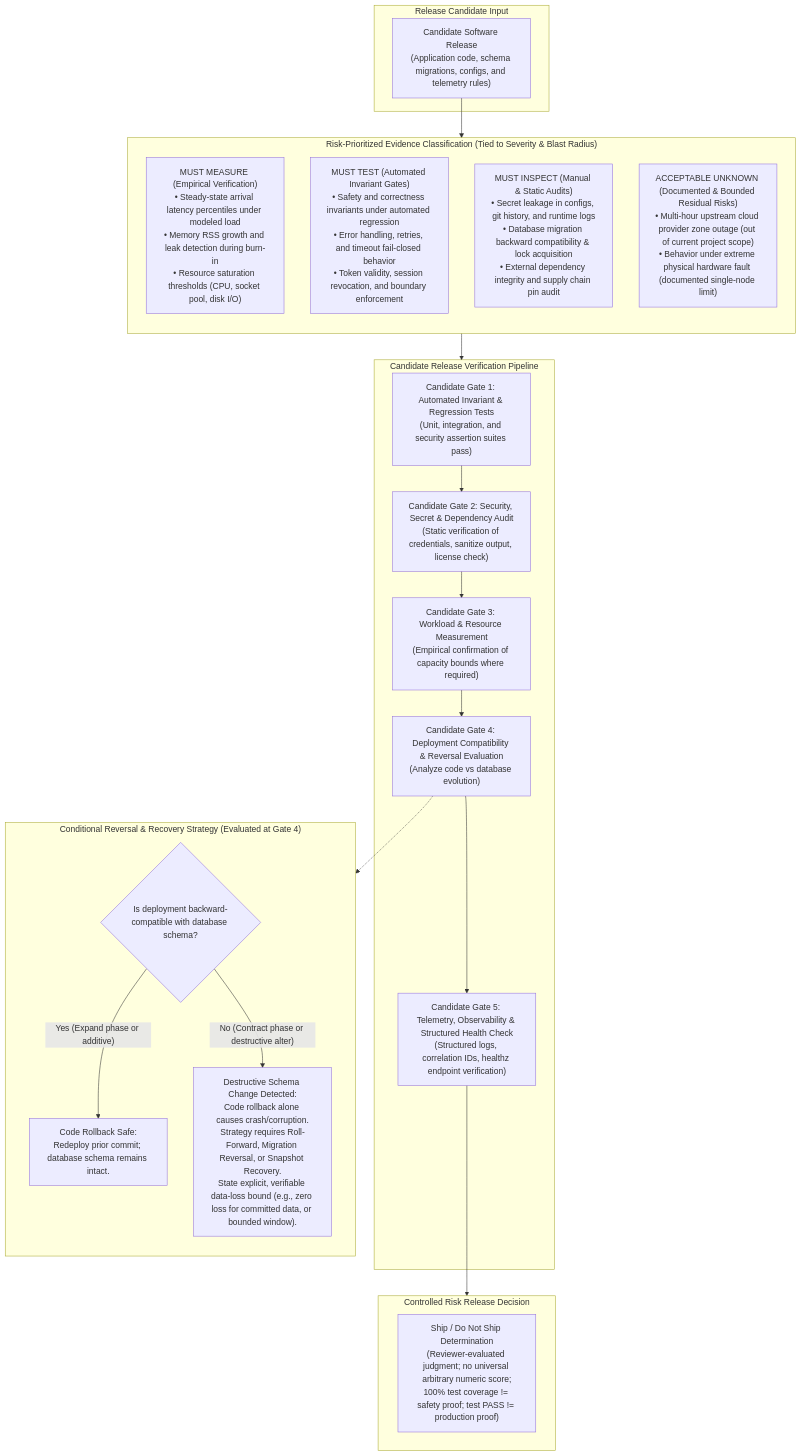
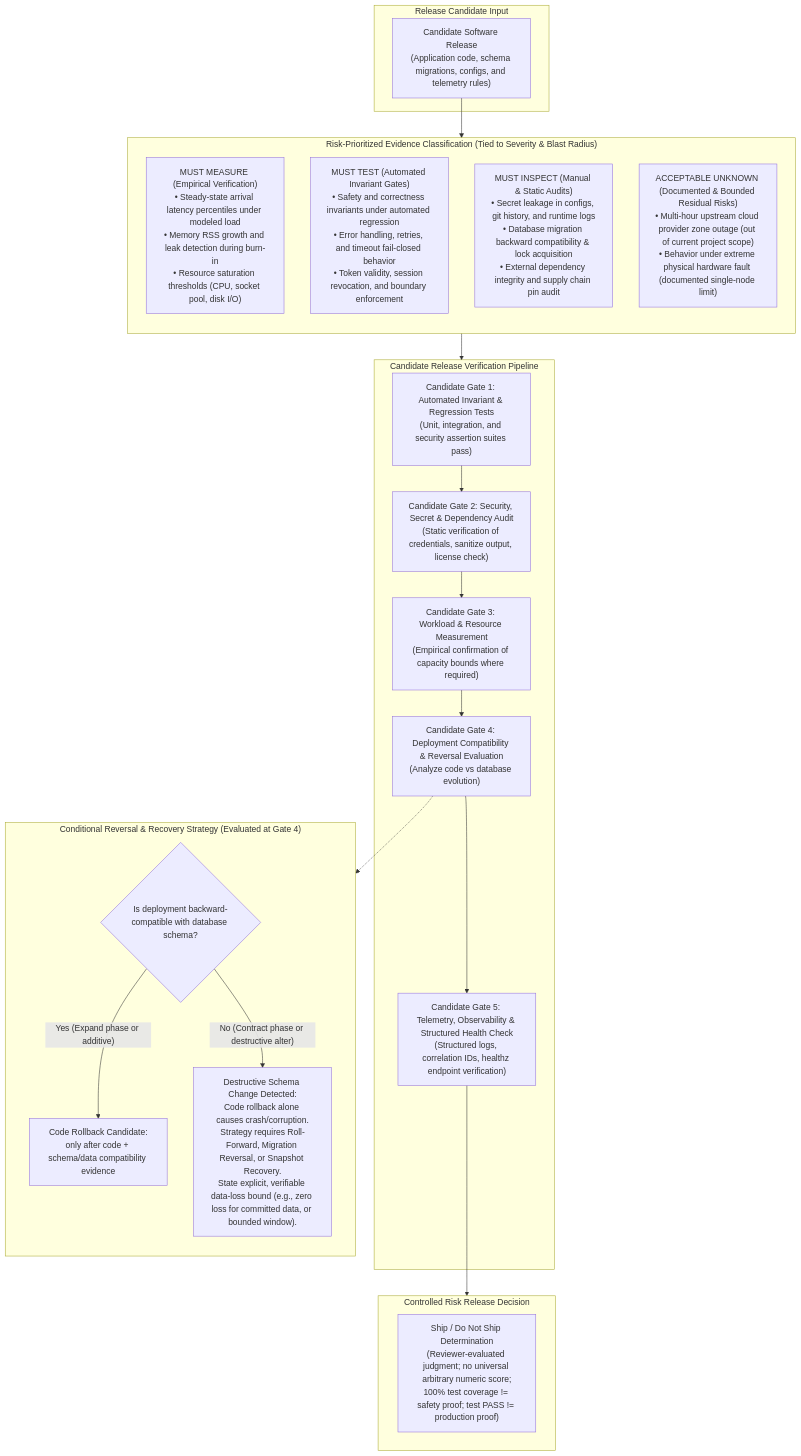
The diagram in book/24-final-system-defense/visuals/FIG-M24-03-preship-verification-risk-matrix-pipeline.mmd (CN-JJB/essential-cs), drawn with Mermaid before and after one commit. The commit also changed 3 other files, not shown here.

```diff
--- a/book/24-final-system-defense/visuals/FIG-M24-03-preship-verification-risk-matrix-pipeline.mmd
+++ b/book/24-final-system-defense/visuals/FIG-M24-03-preship-verification-risk-matrix-pipeline.mmd
@@ -1,42 +1,42 @@
 %% FIG-M24-03 — Pre-Ship Verification & Risk-Prioritized Candidate Release Gate Pipeline
 %% Original, course-owned, editable Mermaid source for Essential CS.
 flowchart TB
     subgraph INPUT ["Release Candidate Input"]
         SRC["Candidate Software Release<br/>(Application code, schema migrations, configs, and telemetry rules)"]
     end
 
     subgraph RISK_MATRIX ["Risk-Prioritized Evidence Classification (Tied to Severity & Blast Radius)"]
         direction TB
         MM["MUST MEASURE (Empirical Verification)<br/>• Steady-state arrival latency percentiles under modeled load<br/>• Memory RSS growth and leak detection during burn-in<br/>• Resource saturation thresholds (CPU, socket pool, disk I/O)"]
         MT["MUST TEST (Automated Invariant Gates)<br/>• Safety and correctness invariants under automated regression<br/>• Error handling, retries, and timeout fail-closed behavior<br/>• Token validity, session revocation, and boundary enforcement"]
         MI["MUST INSPECT (Manual & Static Audits)<br/>• Secret leakage in configs, git history, and runtime logs<br/>• Database migration backward compatibility & lock acquisition<br/>• External dependency integrity and supply chain pin audit"]
         AU["ACCEPTABLE UNKNOWN (Documented & Bounded Residual Risks)<br/>• Multi-hour upstream cloud provider zone outage (out of current project scope)<br/>• Behavior under extreme physical hardware fault (documented single-node limit)"]
     end
 
     subgraph CONDITIONAL_PIPELINE ["Candidate Release Verification Pipeline"]
         G1["Candidate Gate 1: Automated Invariant & Regression Tests<br/>(Unit, integration, and security assertion suites pass)"]
         G2["Candidate Gate 2: Security, Secret & Dependency Audit<br/>(Static verification of credentials, sanitize output, license check)"]
         G3["Candidate Gate 3: Workload & Resource Measurement<br/>(Empirical confirmation of capacity bounds where required)"]
         G4["Candidate Gate 4: Deployment Compatibility & Reversal Evaluation<br/>(Analyze code vs database evolution)"]
         G5["Candidate Gate 5: Telemetry, Observability & Structured Health Check<br/>(Structured logs, correlation IDs, healthz endpoint verification)"]
 
         G1 --> G2 --> G3 --> G4 --> G5
     end
 
     subgraph RECOVERY_STRATEGY ["Conditional Reversal & Recovery Strategy (Evaluated at Gate 4)"]
         direction TB
         C_CODE{"Is deployment backward-compatible with database schema?"}
-        R_ROLLBACK["Code Rollback Safe:<br/>Redeploy prior commit; database schema remains intact."]
+        R_ROLLBACK["Code Rollback Candidate:<br/>only after code + schema/data compatibility evidence"]
         R_ROLLFORWARD["Destructive Schema Change Detected:<br/>Code rollback alone causes crash/corruption.<br/>Strategy requires Roll-Forward, Migration Reversal, or Snapshot Recovery.<br/>State explicit, verifiable data-loss bound (e.g., zero loss for committed data, or bounded window)."]
         C_CODE -- Yes (Expand phase or additive) --> R_ROLLBACK
         C_CODE -- No (Contract phase or destructive alter) --> R_ROLLFORWARD
     end
 
     subgraph RELEASE_DECISION ["Controlled Risk Release Decision"]
         DECISION["Ship / Do Not Ship Determination<br/>(Reviewer-evaluated judgment; no universal arbitrary numeric score;<br/>100% test coverage != safety proof; test PASS != production proof)"]
     end
 
     SRC --> RISK_MATRIX
     RISK_MATRIX --> CONDITIONAL_PIPELINE
     G4 -.-> RECOVERY_STRATEGY
     G5 --> RELEASE_DECISION
```
